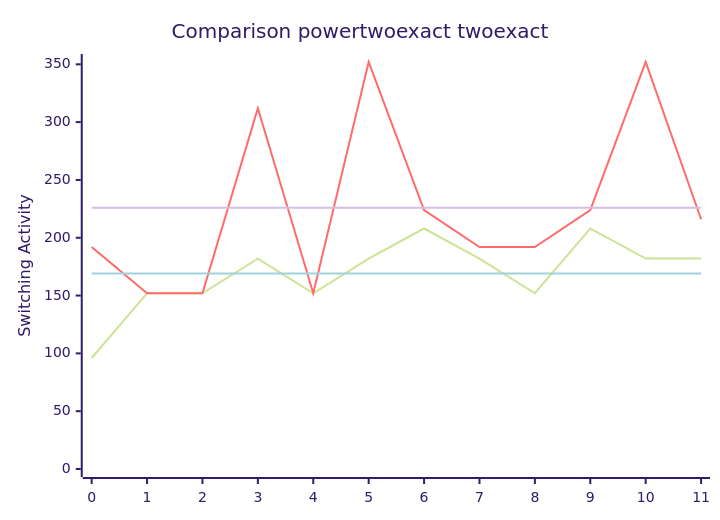
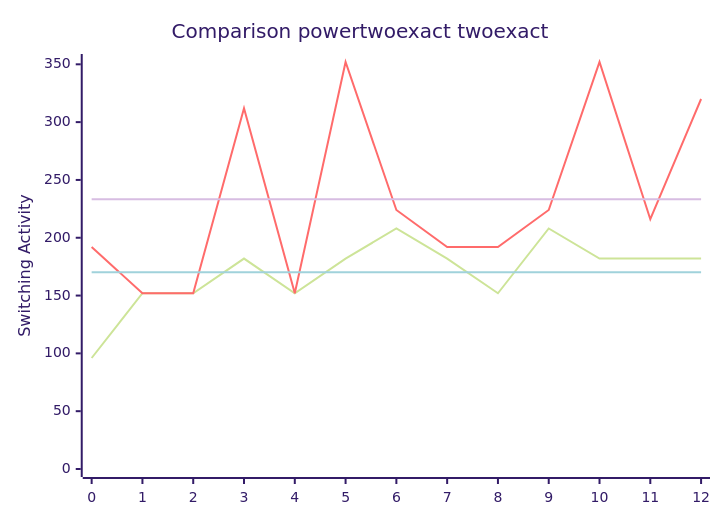
The diagram in benchmark.md (FeldmeierMichael/Exact-Power-Synthesis), drawn with Mermaid (forest theme) before and after one commit. The commit also changed other lines of this file and 2 other files, not shown here.

````diff
--- a/benchmark.md
+++ b/benchmark.md
@@ -26,10 +28,10 @@
 ```mermaid
 xychart-beta
     title "Comparison powertwoexact twoexact"
-    x-axis [0, 1, 2, 3, 4, 5, 6, 7, 8, 9, 10, 11]
+    x-axis [0, 1, 2, 3, 4, 5, 6, 7, 8, 9, 10, 11, 12]
     y-axis "Switching Activity" 0-->352
-    line [96, 152, 152, 182, 152, 182, 208, 182, 152, 208, 182, 182]
-    line [192, 152, 152, 312, 152, 352, 224, 192, 192, 224, 352, 216]
-    line [169.16666666666666, 169.16666666666666, 169.16666666666666, 169.16666666666666, 169.16666666666666, 169.16666666666666, 169.16666666666666, 169.16666666666666, 169.16666666666666, 169.16666666666666, 169.16666666666666, 169.16666666666666]
-    line [226.0, 226.0, 226.0, 226.0, 226.0, 226.0, 226.0, 226.0, 226.0, 226.0, 226.0, 226.0]
+    line [96, 152, 152, 182, 152, 182, 208, 182, 152, 208, 182, 182, 182]
+    line [192, 152, 152, 312, 152, 352, 224, 192, 192, 224, 352, 216, 320]
+    line [170.15384615384616, 170.15384615384616, 170.15384615384616, 170.15384615384616, 170.15384615384616, 170.15384615384616, 170.15384615384616, 170.15384615384616, 170.15384615384616, 170.15384615384616, 170.15384615384616, 170.15384615384616, 170.15384615384616]
+    line [233.23076923076923, 233.23076923076923, 233.23076923076923, 233.23076923076923, 233.23076923076923, 233.23076923076923, 233.23076923076923, 233.23076923076923, 233.23076923076923, 233.23076923076923, 233.23076923076923, 233.23076923076923, 233.23076923076923]
 ```
````
